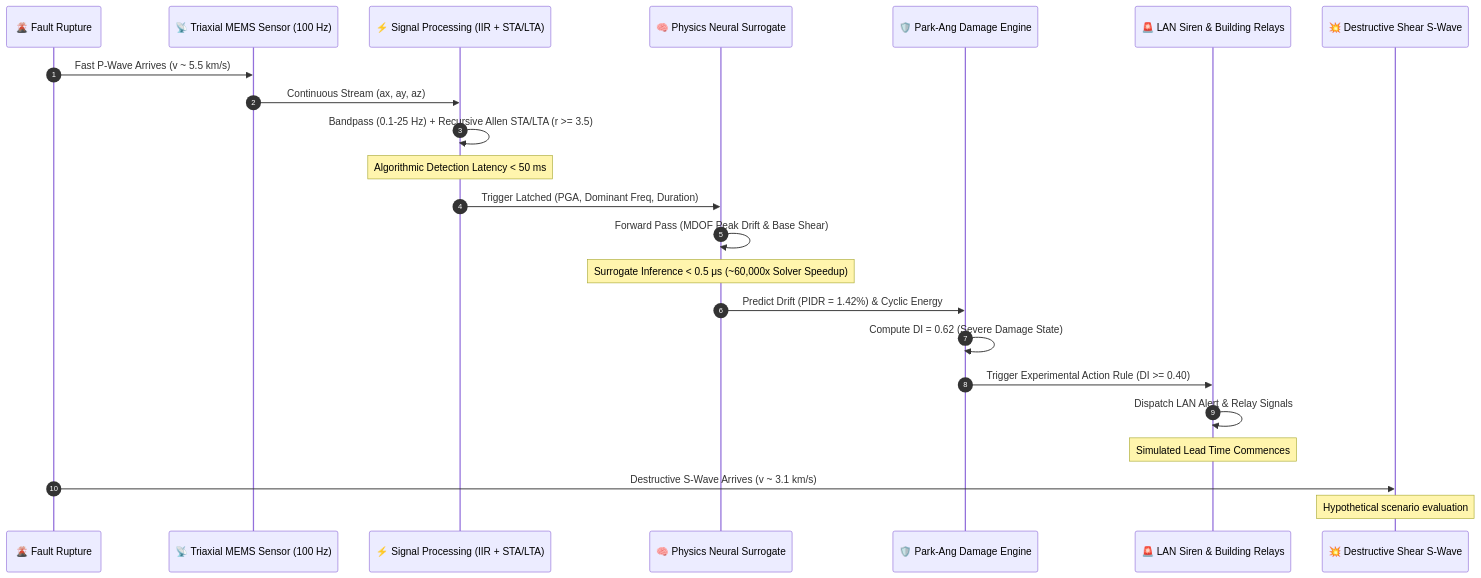
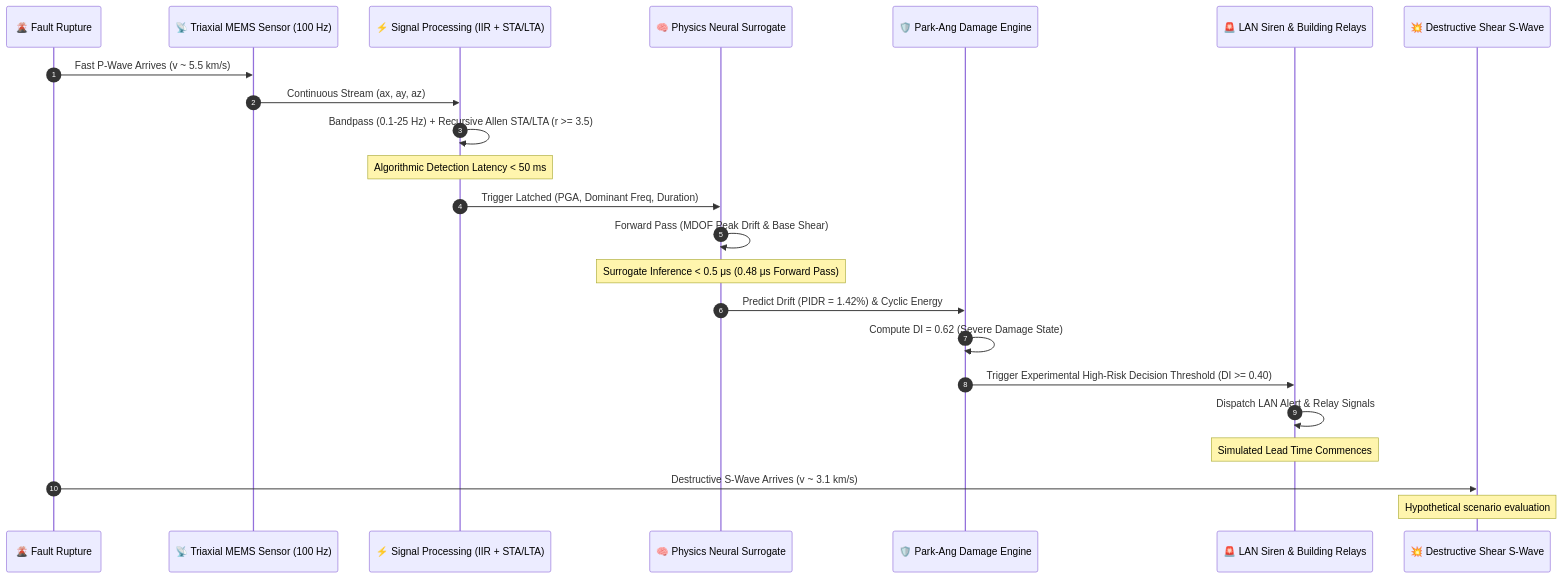
The second of 3 diagrams in README.md (raghvendra1gdsc-png/seismic_ai), drawn with Mermaid before and after one commit. The commit also changed other lines of this file, not shown here.

````diff
--- a/README.md
+++ b/README.md
@@ -89,26 +91,26 @@
 ```mermaid
 sequenceDiagram
     autonumber
     participant Earth as 🌋 Fault Rupture
     participant Sensor as 📡 Triaxial MEMS Sensor (100 Hz)
     participant DSP as ⚡ Signal Processing (IIR + STA/LTA)
     participant PINN as 🧠 Physics Neural Surrogate
     participant Damage as 🛡️ Park-Ang Damage Engine
     participant Actuator as 🚨 LAN Siren & Building Relays
     participant Waves as 💥 Destructive Shear S-Wave
 
     Earth->>Sensor: Fast P-Wave Arrives (v ~ 5.5 km/s)
     Sensor->>DSP: Continuous Stream (ax, ay, az)
     DSP->>DSP: Bandpass (0.1-25 Hz) + Recursive Allen STA/LTA (r >= 3.5)
     Note over DSP: Algorithmic Detection Latency < 50 ms
     DSP->>PINN: Trigger Latched (PGA, Dominant Freq, Duration)
     PINN->>PINN: Forward Pass (MDOF Peak Drift & Base Shear)
-    Note over PINN: Surrogate Inference < 0.5 μs (~60,000x Solver Speedup)
+    Note over PINN: Surrogate Inference < 0.5 μs (0.48 μs Forward Pass)
     PINN->>Damage: Predict Drift (PIDR = 1.42%) & Cyclic Energy
     Damage->>Damage: Compute DI = 0.62 (Severe Damage State)
-    Damage->>Actuator: Trigger Experimental Action Rule (DI >= 0.40)
+    Damage->>Actuator: Trigger Experimental High-Risk Decision Threshold (DI >= 0.40)
     Actuator->>Actuator: Dispatch LAN Alert & Relay Signals
     Note over Actuator: Simulated Lead Time Commences
     Earth->>Waves: Destructive S-Wave Arrives (v ~ 3.1 km/s)
     Note over Waves: Hypothetical scenario evaluation
 ```
````
